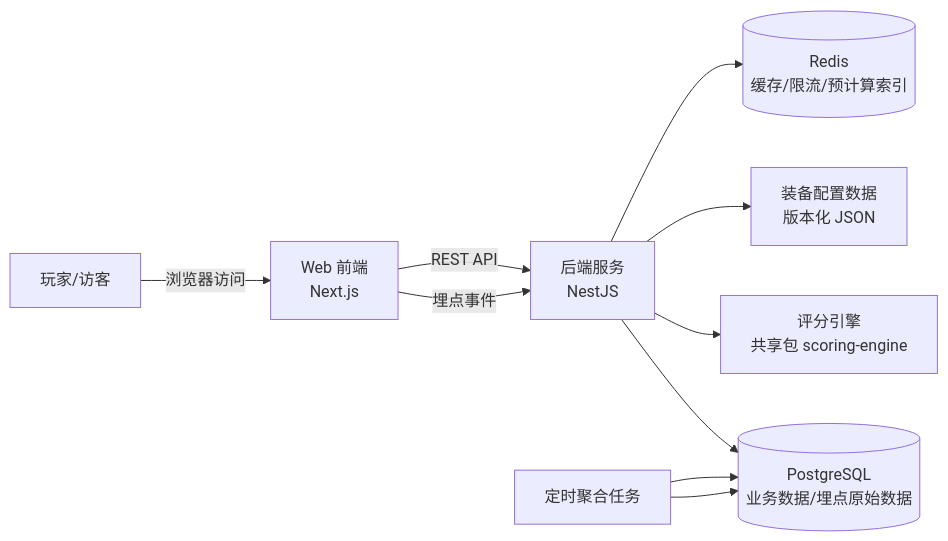
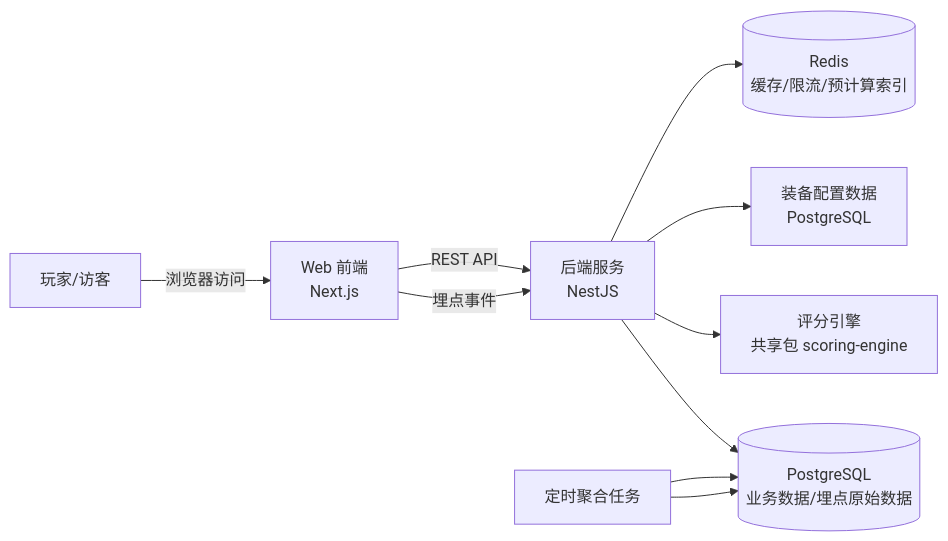
One commit to NeesuNergy/gear-blind-box changed the first of 2 diagrams in docs/02-architecture/ARCHITECTURE.md. Above: the diagram before and after it, drawn with Mermaid. The commit also changed other lines of this file and 30 other files, not shown here.

````diff
--- a/docs/02-architecture/ARCHITECTURE.md
+++ b/docs/02-architecture/ARCHITECTURE.md
@@ -16,12 +16,12 @@
 ```mermaid
 flowchart LR
     U[玩家/访客] -->|浏览器访问| WEB[Web 前端<br/>Next.js]
     WEB -->|REST API| API[后端服务<br/>NestJS]
     API --> ENGINE[评分引擎<br/>共享包 scoring-engine]
-    API --> CONFIGSTORE[装备配置数据<br/>版本化 JSON]
+    API --> CONFIGSTORE[装备配置数据<br/>PostgreSQL]
     API --> DB[(PostgreSQL<br/>业务数据/埋点原始数据)]
     API --> CACHE[(Redis<br/>缓存/限流/预计算索引)]
     WEB -->|埋点事件| API
     CRON[定时聚合任务] --> DB
     CRON --> DB
 ```
````
